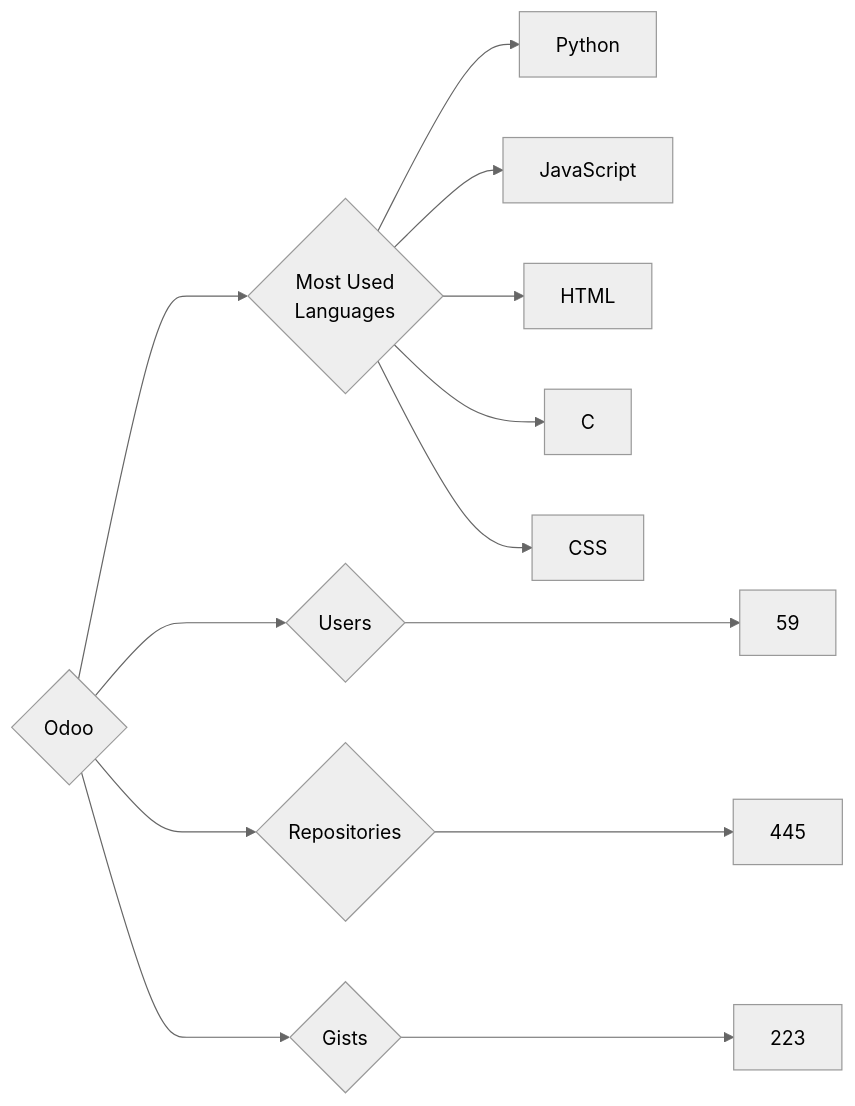
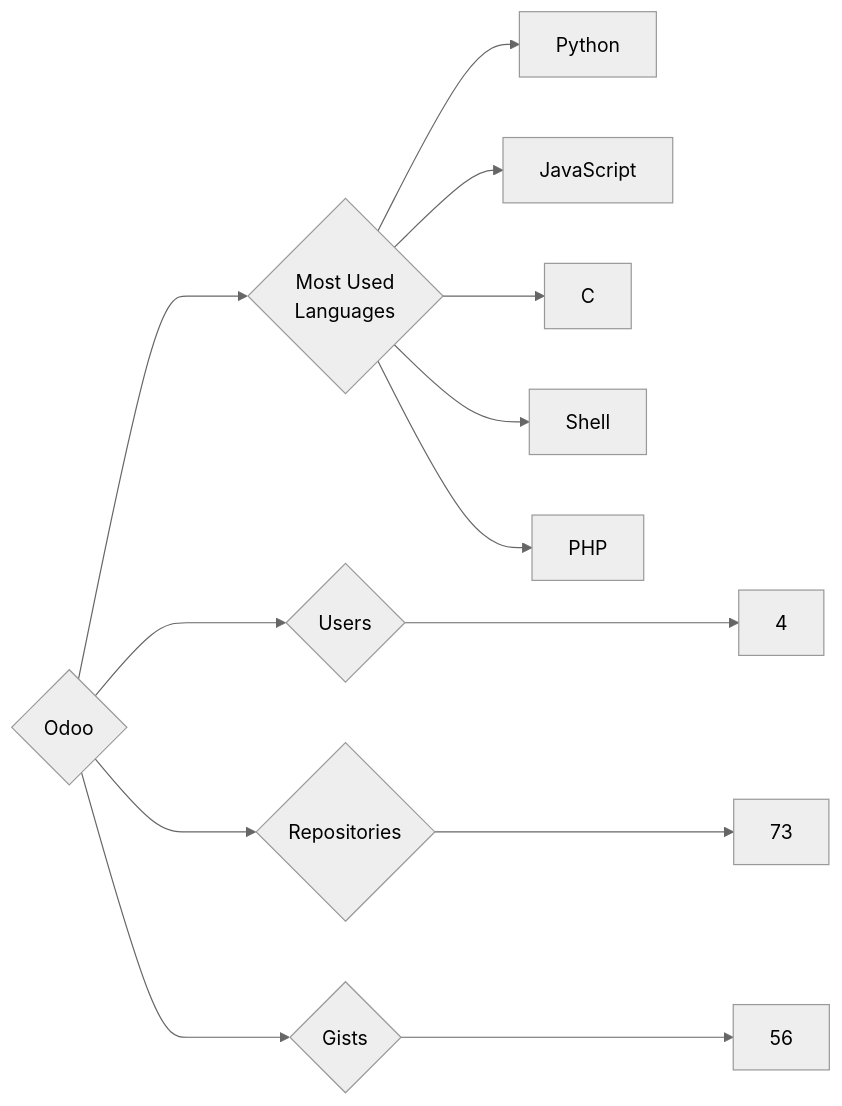
Before and after one commit to trickest/insiders: the diagram in targets/Odoo/README.md, drawn with Mermaid (neutral theme). The commit also changed 870 other files, not shown here.

````diff
--- a/targets/Odoo/README.md
+++ b/targets/Odoo/README.md
@@ -3,13 +3,13 @@
 ```mermaid
 graph LR
 COMPANY_NAME{Odoo}
-COMPANY_NAME ---> U{Users} ---> UN[59]
-COMPANY_NAME ---> R{Repositories} ---> RN[445]
-COMPANY_NAME ---> G{Gists} ---> GN[223]
+COMPANY_NAME ---> U{Users} ---> UN[4]
+COMPANY_NAME ---> R{Repositories} ---> RN[73]
+COMPANY_NAME ---> G{Gists} ---> GN[56]
 COMPANY_NAME ---> ML{Most Used<br>Languages}
 ML --> Python[Python]
 ML --> JavaScript[JavaScript]
-ML --> HTML[HTML]
 ML --> C[C]
-ML --> CSS[CSS]
+ML --> Shell[Shell]
+ML --> PHP[PHP]
 ```
````
